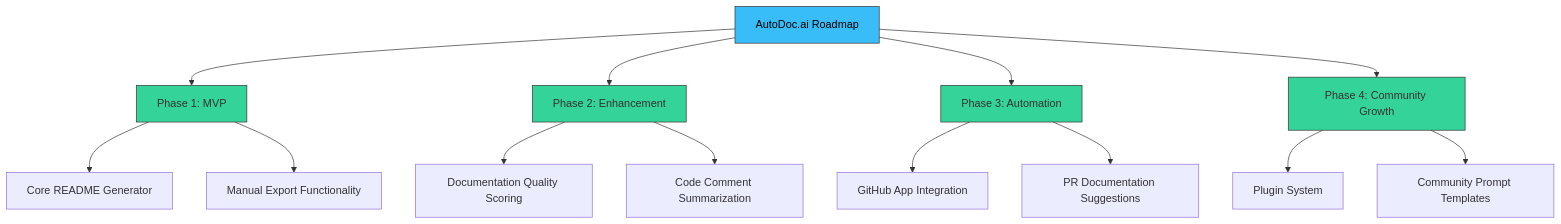
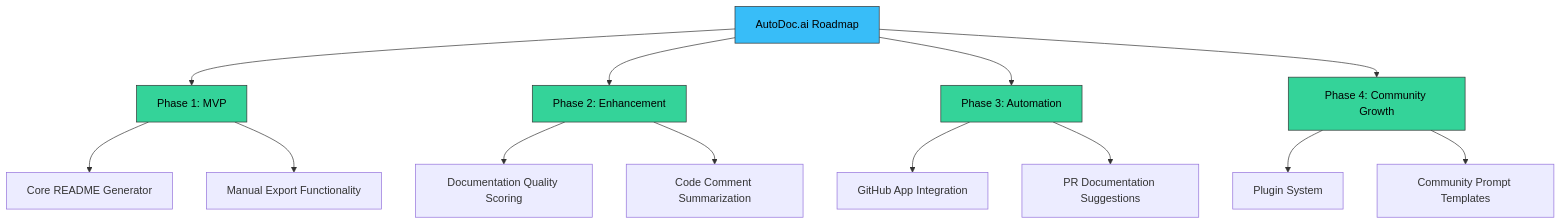
The second of 2 diagrams in README.md (Mohammad-Hassan027/AutoDoc.ai), drawn with Mermaid before and after one commit. The commit also changed other lines of this file, not shown here.

````diff
--- a/README.md
+++ b/README.md
@@ -108,26 +108,26 @@
 ```mermaid
 graph TD
     Root[AutoDoc.ai Roadmap]
     
     Root --> P1[Phase 1: MVP]
     P1 --> P1_1[Core README Generator]
     P1 --> P1_2[Manual Export Functionality]
     
     Root --> P2[Phase 2: Enhancement]
     P2 --> P2_1[Documentation Quality Scoring]
     P2 --> P2_2[Code Comment Summarization]
     
     Root --> P3[Phase 3: Automation]
     P3 --> P3_1[GitHub App Integration]
     P3 --> P3_2[PR Documentation Suggestions]
     
     Root --> P4[Phase 4: Community Growth]
     P4 --> P4_1[Plugin System]
     P4 --> P4_2[Community Prompt Templates]
 
     style Root fill:#38BDF8,stroke:#333,color:#000
-    style P1 fill:#34D399,stroke:#333
-    style P2 fill:#34D399,stroke:#333
-    style P3 fill:#34D399,stroke:#333
-    style P4 fill:#34D399,stroke:#333
+    style P1 fill:#34D399,stroke:#333,color:#000
+    style P2 fill:#34D399,stroke:#333,color:#000
+    style P3 fill:#34D399,stroke:#333,color:#000
+    style P4 fill:#34D399,stroke:#333,color:#000
 ```
````
